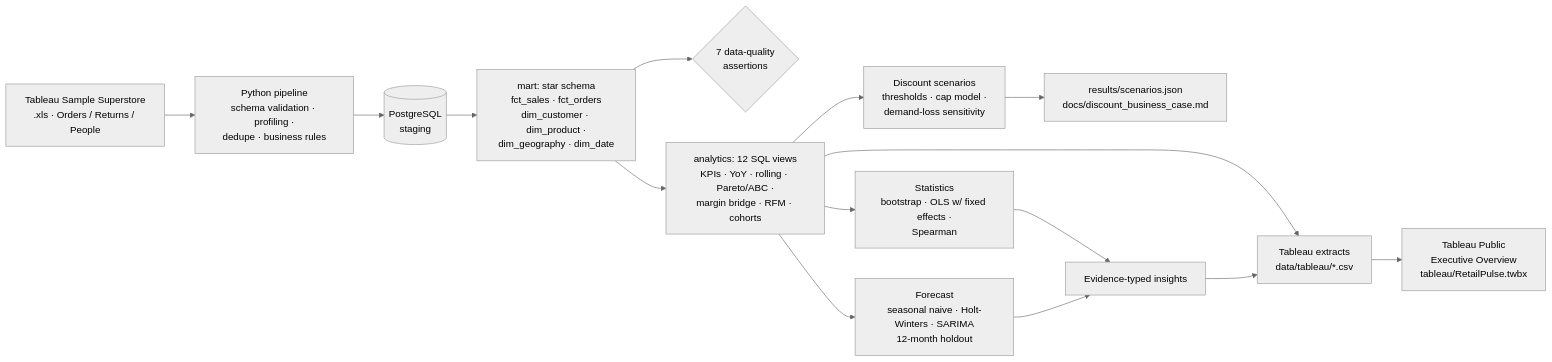
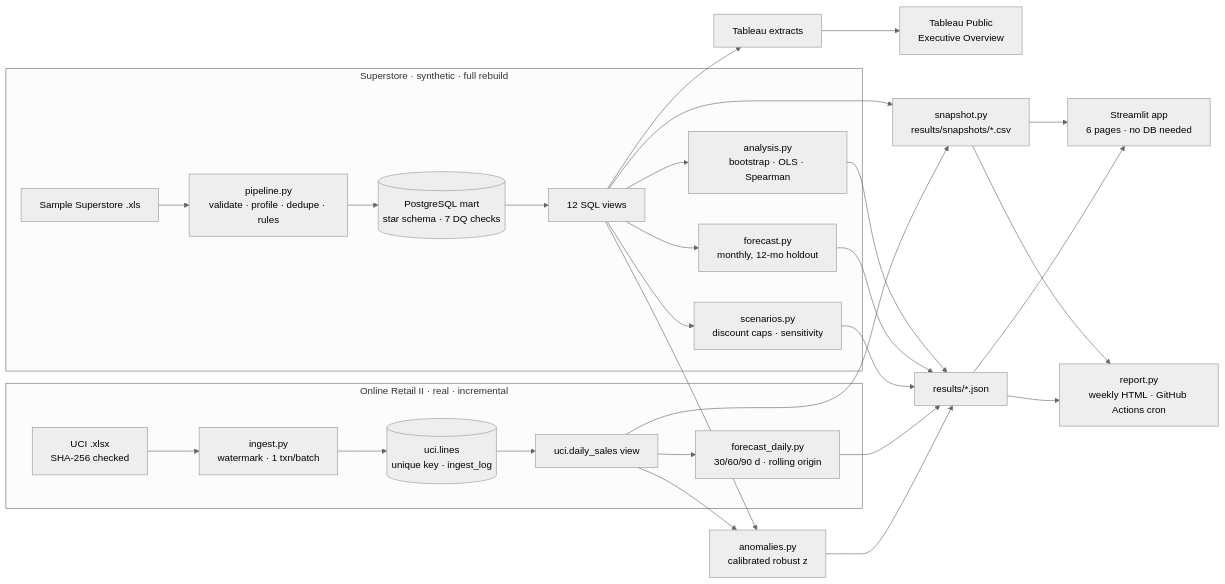
One commit to Nezz23/retailpulse changed the diagram in README.md. Above: the diagram before and after it, drawn with Mermaid (neutral theme). The commit also changed other lines of this file, not shown here.

First line of the commit message:
Phase 6: README, architecture and deployment docs for the decision platform

````diff
--- a/README.md
+++ b/README.md
@@ -83,16 +217,23 @@
 ```mermaid
 flowchart LR
-  SRC[Tableau Sample Superstore<br/>.xls · Orders / Returns / People] --> PY[Python pipeline<br/>schema validation · profiling ·<br/>dedupe · business rules]
-  PY --> STG[(PostgreSQL<br/>staging)]
-  STG --> MART[mart: star schema<br/>fct_sales · fct_orders<br/>dim_customer · dim_product ·<br/>dim_geography · dim_date]
-  MART --> QC{7 data-quality<br/>assertions}
-  MART --> V[analytics: 12 SQL views<br/>KPIs · YoY · rolling · Pareto/ABC ·<br/>margin bridge · RFM · cohorts]
-  V --> ST[Statistics<br/>bootstrap · OLS w/ fixed effects ·<br/>Spearman]
-  V --> SC[Discount scenarios<br/>thresholds · cap model ·<br/>demand-loss sensitivity]
-  SC --> BC[results/scenarios.json<br/>docs/discount_business_case.md]
-  V --> FC[Forecast<br/>seasonal naive · Holt-Winters · SARIMA<br/>12-month holdout]
-  V --> EX[Tableau extracts<br/>data/tableau/*.csv]
-  ST & FC --> INS[Evidence-typed insights]
-  INS --> EX
-  EX --> TAB[Tableau Public<br/>Executive Overview<br/>tableau/RetailPulse.twbx]
+  subgraph A["Superstore · synthetic · full rebuild"]
+    SRC[Sample Superstore .xls] --> PY[pipeline.py<br/>validate · profile · dedupe · rules]
+    PY --> MART[(PostgreSQL mart<br/>star schema · 7 DQ checks)]
+    MART --> V[12 SQL views]
+    V --> ST[analysis.py<br/>bootstrap · OLS · Spearman]
+    V --> FC[forecast.py<br/>monthly, 12-mo holdout]
+    V --> SC[scenarios.py<br/>discount caps · sensitivity]
+  end
+  subgraph B["Online Retail II · real · incremental"]
+    UCI[UCI .xlsx<br/>SHA-256 checked] --> ING[ingest.py<br/>watermark · 1 txn/batch]
+    ING --> UL[(uci.lines<br/>unique key · ingest_log)]
+    UL --> DS[uci.daily_sales view]
+    DS --> FD[forecast_daily.py<br/>30/60/90 d · rolling origin]
+  end
+  V & DS --> AN[anomalies.py<br/>calibrated robust z]
+  V --> EX[Tableau extracts] --> TAB[Tableau Public<br/>Executive Overview]
+  V & DS --> SN[snapshot.py<br/>results/snapshots/*.csv]
+  ST & FC & SC & FD & AN --> RES[results/*.json]
+  SN & RES --> APP[Streamlit app<br/>6 pages · no DB needed]
+  SN & RES --> REP[report.py<br/>weekly HTML · GitHub Actions cron]
 ```
````
